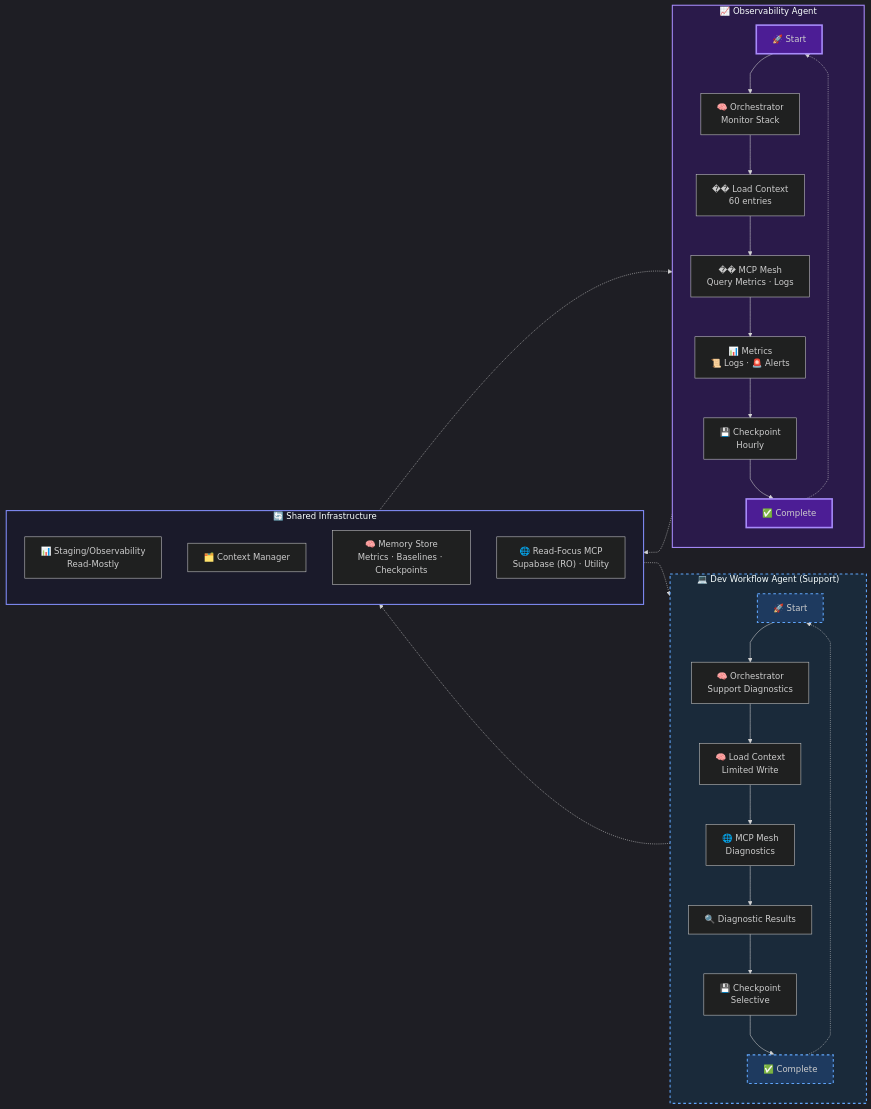
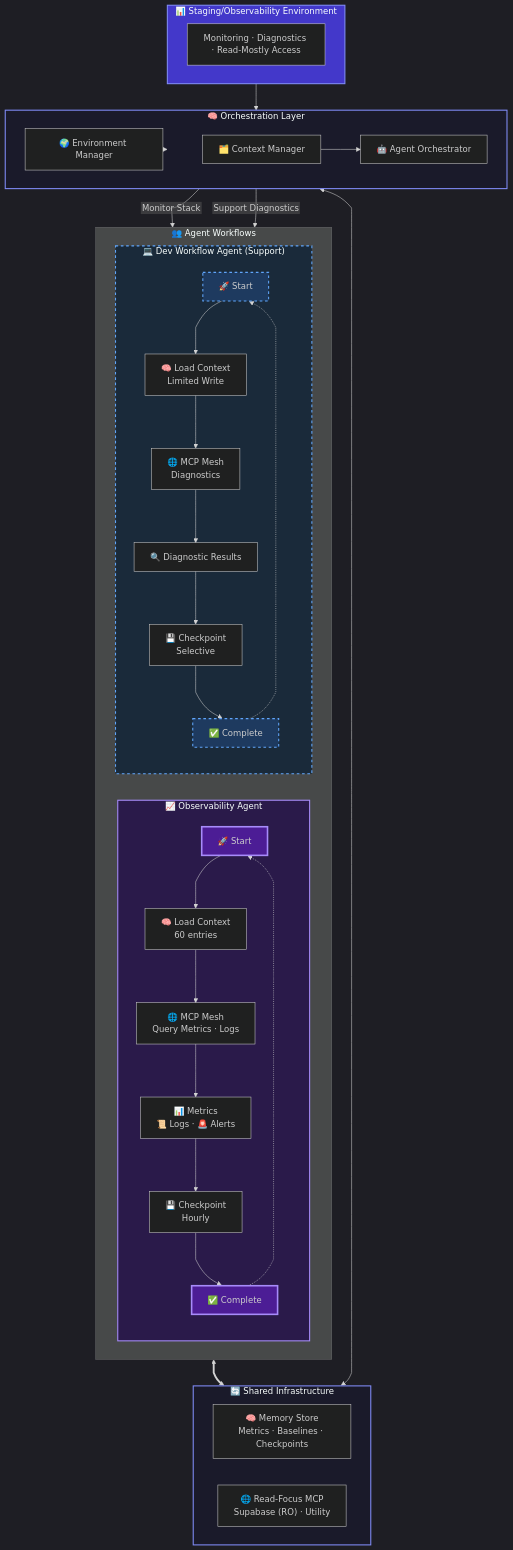
Before and after one commit to Alextorelli/ProspectPro: the diagram in dev-tools/workspace/context/session_store/context-staging.mmd, drawn with Mermaid. The commit also changed 2 other files, not shown here.

Commit message:
feat: restructure flowcharts for development, production, and staging environments with improved clarity and organization

```diff
--- a/dev-tools/workspace/context/session_store/context-staging.mmd
+++ b/dev-tools/workspace/context/session_store/context-staging.mmd
@@ -1,60 +1,76 @@
 %%{init: { "theme": "dark", "fontFamily": "Inter", "flowchart": { "htmlLabels": false, "curve": "monotoneX" } }}%%
-flowchart LR
-    subgraph OBS_FLOW["📈 Observability Agent"]
-        direction TB
-        OBS_START["🚀 Start"]
-        OBS_ORCH["🧠 Orchestrator<br/>Monitor Stack"]
-        OBS_MEM["�� Load Context<br/>60 entries"]
-        OBS_MCP["�� MCP Mesh<br/>Query Metrics · Logs"]
-        OBS_SIG["📊 Metrics<br/>📜 Logs · 🚨 Alerts"]
-        OBS_SAVE["💾 Checkpoint<br/>Hourly"]
-        OBS_END["✅ Complete"]
-        
-        OBS_START --> OBS_ORCH
-        OBS_ORCH --> OBS_MEM
-        OBS_MEM --> OBS_MCP
-        OBS_MCP --> OBS_SIG
-        OBS_SIG --> OBS_SAVE
-        OBS_SAVE --> OBS_END
-        OBS_END -.-> OBS_START
+flowchart TB
+    subgraph ENV["📊 Staging/Observability Environment"]
+        ENV_LABEL["Monitoring · Diagnostics · Read-Mostly Access"]
+    end
+    
+    subgraph ORCH["🧠 Orchestration Layer"]
+        direction LR
+        CM["🗂️ Context Manager"]
+        AO["🤖 Agent Orchestrator"]
+        EM["🌍 Environment Manager"]
     end
 
-    subgraph DEV_FLOW["💻 Dev Workflow Agent (Support)"]
-        direction TB
-        DEV_START["🚀 Start"]
-        DEV_ORCH["🧠 Orchestrator<br/>Support Diagnostics"]
-        DEV_MEM["🧠 Load Context<br/>Limited Write"]
-        DEV_MCP["🌐 MCP Mesh<br/>Diagnostics"]
-        DEV_SIG["🔍 Diagnostic Results"]
-        DEV_SAVE["💾 Checkpoint<br/>Selective"]
-        DEV_END["✅ Complete"]
+    ENV --> EM
+    EM --> ORCH
+    CM --> AO
+
+    subgraph AGENTS["👥 Agent Workflows"]
+        direction LR
         
-        DEV_START --> DEV_ORCH
-        DEV_ORCH --> DEV_MEM
-        DEV_MEM --> DEV_MCP
-        DEV_MCP --> DEV_SIG
-        DEV_SIG --> DEV_SAVE
-        DEV_SAVE --> DEV_END
-        DEV_END -.-> DEV_START
+        subgraph OBS_FLOW["📈 Observability Agent"]
+            direction TB
+            OBS_START["🚀 Start"]
+            OBS_MEM["🧠 Load Context<br/>60 entries"]
+            OBS_MCP["🌐 MCP Mesh<br/>Query Metrics · Logs"]
+            OBS_SIG["📊 Metrics<br/>📜 Logs · 🚨 Alerts"]
+            OBS_SAVE["💾 Checkpoint<br/>Hourly"]
+            OBS_END["✅ Complete"]
+            
+            OBS_START --> OBS_MEM
+            OBS_MEM --> OBS_MCP
+            OBS_MCP --> OBS_SIG
+            OBS_SIG --> OBS_SAVE
+            OBS_SAVE --> OBS_END
+            OBS_END -.-> OBS_START
+        end
+
+        subgraph DEV_FLOW["💻 Dev Workflow Agent (Support)"]
+            direction TB
+            DEV_START["🚀 Start"]
+            DEV_MEM["🧠 Load Context<br/>Limited Write"]
+            DEV_MCP["🌐 MCP Mesh<br/>Diagnostics"]
+            DEV_SIG["🔍 Diagnostic Results"]
+            DEV_SAVE["💾 Checkpoint<br/>Selective"]
+            DEV_END["✅ Complete"]
+            
+            DEV_START --> DEV_MEM
+            DEV_MEM --> DEV_MCP
+            DEV_MCP --> DEV_SIG
+            DEV_SIG --> DEV_SAVE
+            DEV_SAVE --> DEV_END
+            DEV_END -.-> DEV_START
+        end
     end
 
+    AO -- "Monitor Stack" --> OBS_START
+    AO -- "Support Diagnostics" --> DEV_START
+
     subgraph SHARED["🔄 Shared Infrastructure"]
-        direction TB
-        ENV["📊 Staging/Observability<br/>Read-Mostly"]
-        CM["🗂️ Context Manager"]
+        direction LR
         MEMORY["🧠 Memory Store<br/>Metrics · Baselines · Checkpoints"]
         MCP["🌐 Read-Focus MCP<br/>Supabase (RO) · Utility"]
     end
 
-    OBS_FLOW -.-> SHARED
-    DEV_FLOW -.-> SHARED
-    SHARED -.-> OBS_FLOW
-    SHARED -.-> DEV_FLOW
+    AGENTS <==> SHARED
+    ORCH <--> SHARED
 
+    style ENV fill:#4338ca,stroke:#818cf8,stroke-width:2px
+    style ORCH fill:#1a1a2a,stroke:#818cf8,stroke-width:2px
     style OBS_FLOW fill:#2a1a4a,stroke:#a78bfa,stroke-width:2px
     style DEV_FLOW fill:#1a2a3a,stroke:#60a5fa,stroke-width:2px,stroke-dasharray: 5 5
     style SHARED fill:#1a1a2a,stroke:#818cf8,stroke-width:2px
     style OBS_START fill:#4c1d95,stroke:#a78bfa,stroke-width:3px
     style DEV_START fill:#1e3a5f,stroke:#60a5fa,stroke-width:2px,stroke-dasharray: 5 5
     style OBS_END fill:#4c1d95,stroke:#a78bfa,stroke-width:3px
     style DEV_END fill:#1e3a5f,stroke:#60a5fa,stroke-width:2px,stroke-dasharray: 5 5
```
